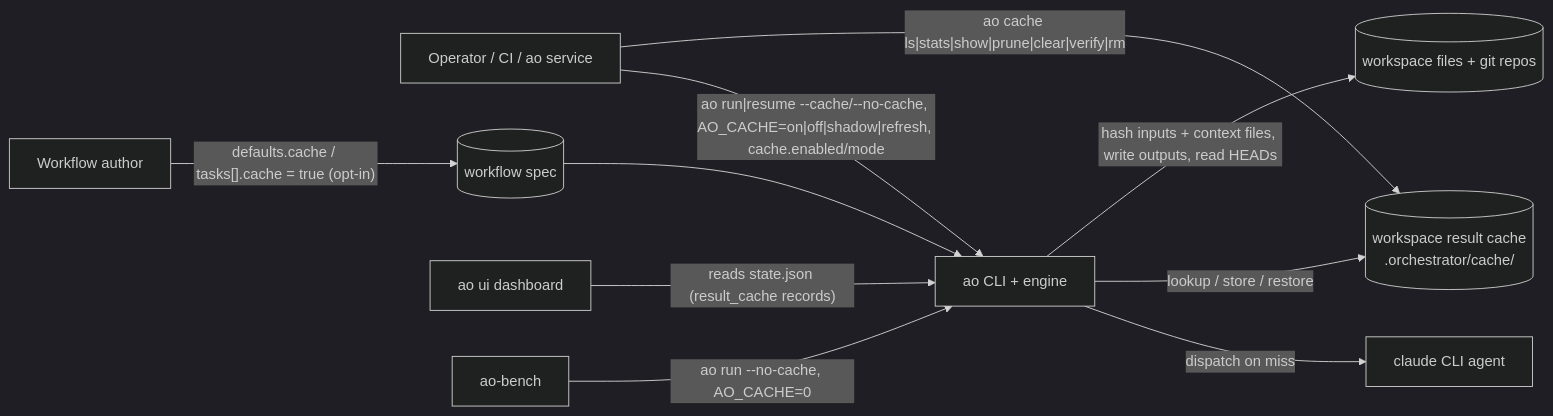
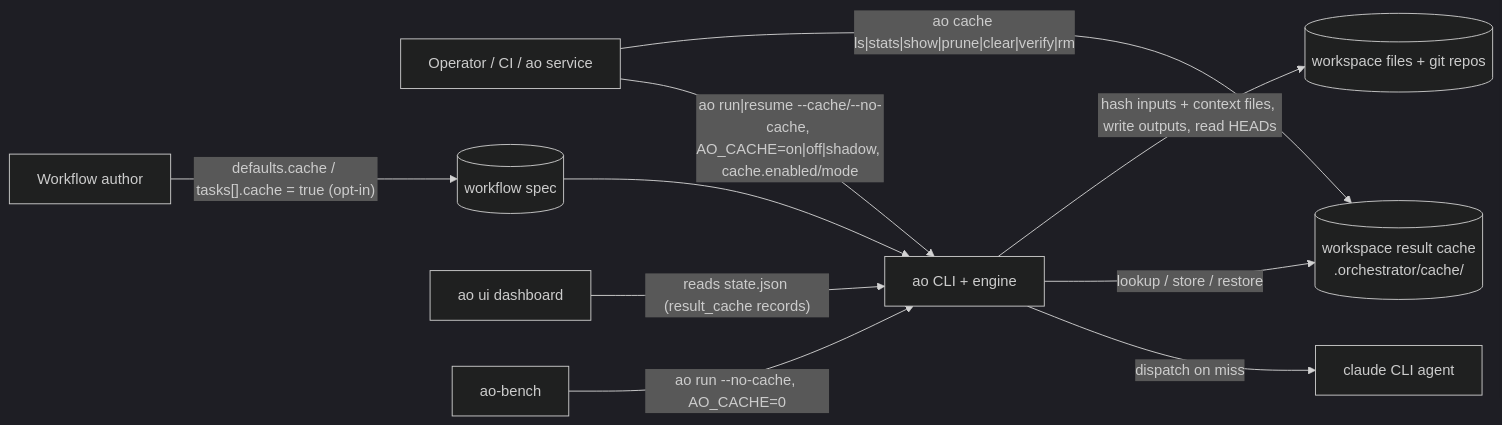
Before and after one commit to avadhootdivekar/agent-orchestrator: the first of 10 diagrams in docs-md/cross-run-result-cache-hld.md, drawn with Mermaid (dark theme). The commit also changed other lines of this file and 56 other files, not shown here.

````diff
--- a/docs-md/cross-run-result-cache-hld.md
+++ b/docs-md/cross-run-result-cache-hld.md
@@ -393,12 +421,12 @@
 ```mermaid
 flowchart LR
-  OP[Operator / CI / ao service] -- "ao run|resume --cache/--no-cache, AO_CACHE=on|off|shadow|refresh, cache.enabled/mode" --> AO[ao CLI + engine]
+  OP[Operator / CI / ao service] -- "ao run|resume --cache/--no-cache, AO_CACHE=on|off|shadow, cache.enabled/mode" --> AO[ao CLI + engine]
   AUTH[Workflow author] -- "defaults.cache / tasks[].cache = true (opt-in)" --> SPEC[(workflow spec)]
   SPEC --> AO
   AO -- "dispatch on miss" --> CLAUDE[claude CLI agent]
   AO -- "lookup / store / restore" --> RC[(workspace result cache<br/>.orchestrator/cache/)]
   AO -- "hash inputs + context files, write outputs, read HEADs" --> WS[(workspace files + git repos)]
   OP -- "ao cache ls|stats|show|prune|clear|verify|rm" --> RC
   DASH[ao ui dashboard] -- "reads state.json (result_cache records)" --> AO
   BENCH[ao-bench] -- "ao run --no-cache, AO_CACHE=0" --> AO
 ```
````
